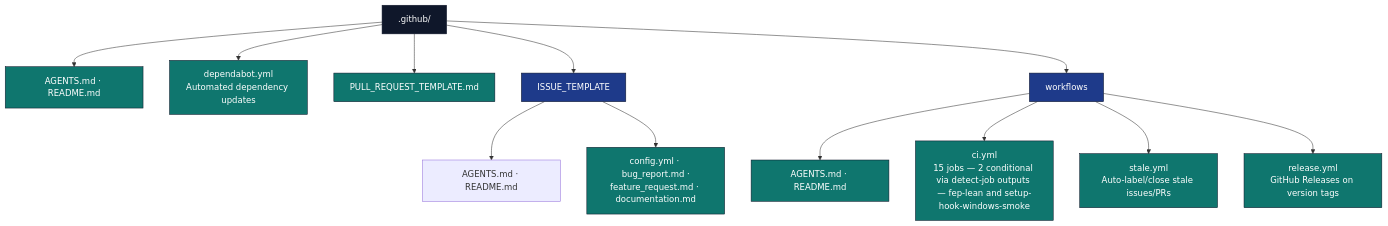
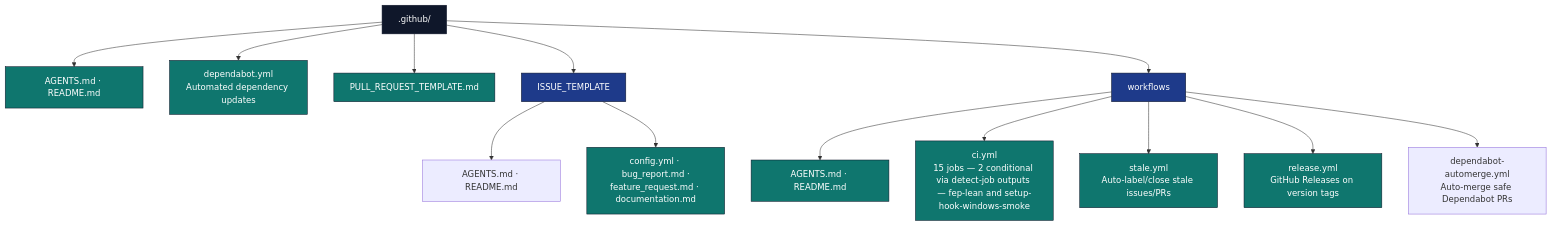
Before and after one commit to docxology/template: the diagram in .github/AGENTS.md, drawn with Mermaid. The commit also changed other lines of this file and 2 other files, not shown here.

First line of the commit message:
docs(github): add dependabot-automerge.yml to all .github workflow docs

````diff
--- a/.github/AGENTS.md
+++ b/.github/AGENTS.md
@@ -24,24 +24,25 @@
 ```mermaid
 flowchart TB
     GH[.github/]
     GH --> META[AGENTS.md · README.md]
     GH --> DEP[dependabot.yml<br/>Automated dependency updates]
     GH --> PRT[PULL_REQUEST_TEMPLATE.md]
     GH --> ITPL[ISSUE_TEMPLATE]
     GH --> WF[workflows]
 
     ITPL --> ITPL_DOCS[AGENTS.md · README.md]
     ITPL --> ITPL_F[config.yml · bug_report.md ·<br/>feature_request.md · documentation.md]
 
     WF --> WF_DOCS[AGENTS.md · README.md]
     WF --> WF_CI[ci.yml<br/>15 jobs — 2 conditional via detect-job outputs — fep-lean and setup-hook-windows-smoke]
     WF --> WF_STALE[stale.yml<br/>Auto-label/close stale issues/PRs]
     WF --> WF_REL[release.yml<br/>GitHub Releases on version tags]
+    WF --> WF_DA[dependabot-automerge.yml<br/>Auto-merge safe Dependabot PRs]
 
     classDef d fill:#0f172a,stroke:#0f172a,color:#fff
     classDef pkg fill:#1e3a8a,stroke:#0f172a,color:#fff
     classDef f fill:#0f766e,stroke:#0f172a,color:#fff
     class GH d
     class ITPL,WF pkg
     class META,DEP,PRT,ITPL_F,WF_DOCS,WF_CI,WF_STALE,WF_REL f
 ```
````
